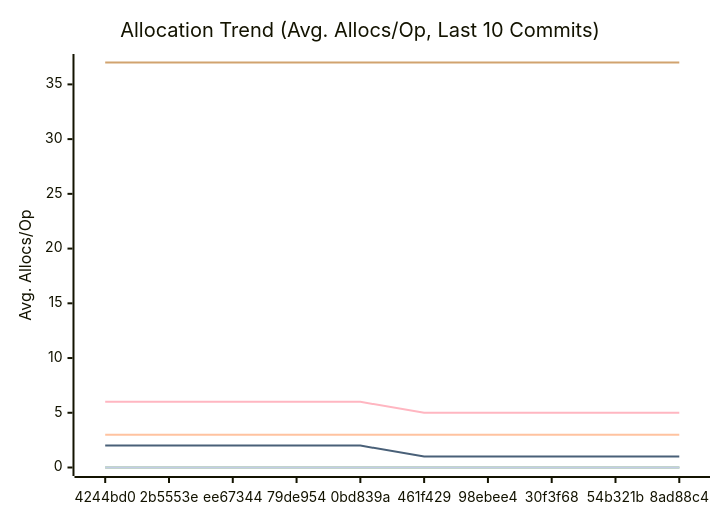
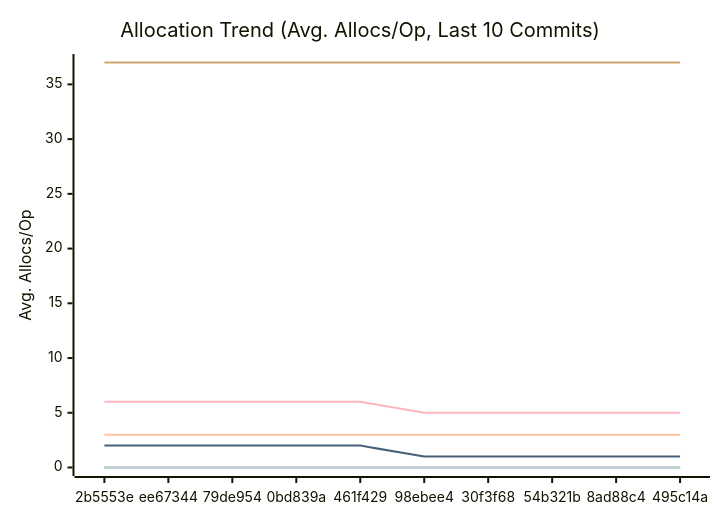
Before and after one commit to alsotoes/momo: the third of 3 diagrams in docs/PERFORMANCE.md, drawn with Mermaid. The commit also changed other lines of this file and 2 other files, not shown here.

````diff
--- a/docs/PERFORMANCE.md
+++ b/docs/PERFORMANCE.md
@@ -164,16 +164,16 @@
 ```mermaid
 xychart-beta
     title "Allocation Trend (Avg. Allocs/Op, Last 10 Commits)"
     x-axis "Commit"
     y-axis "Avg. Allocs/Op"
-    x-axis [4244bd0,2b5553e,ee67344,79de954,0bd839a,461f429,98ebee4,30f3f68,54b321b,8ad88c4]
+    x-axis [2b5553e,ee67344,79de954,0bd839a,461f429,98ebee4,30f3f68,54b321b,8ad88c4,495c14a]
     line "CheckMetricsAndSwap" [0,0,0,0,0,0,0,0,0,0]
     line "CrushOptimized" [0,0,0,0,0,0,0,0,0,0]
     line "CrushOriginal" [3,3,3,3,3,3,3,3,3,3]
     line "IndexDirectTracking" [0,0,0,0,0,0,0,0,0,0]
     line "IndexSearch" [0,0,0,0,0,0,0,0,0,0]
     line "LoadGlobalConfig" [37,37,37,37,37,37,37,37,37,37]
     line "PadString" [0,0,0,0,0,0,0,0,0,0]
     line "ParseReplicationOrder_NoPrealloc" [6,6,6,6,6,5,5,5,5,5]
     line "ParseReplicationOrder_Prealloc" [2,2,2,2,2,1,1,1,1,1]
 ```
````
